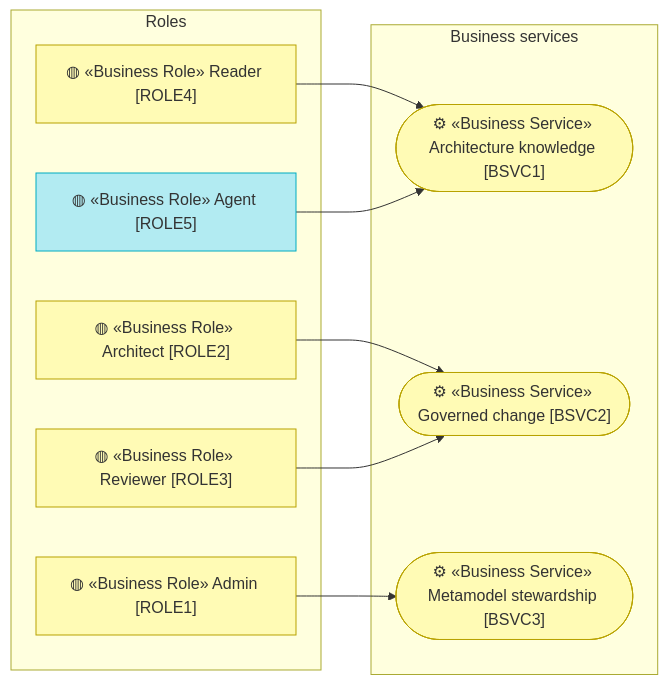
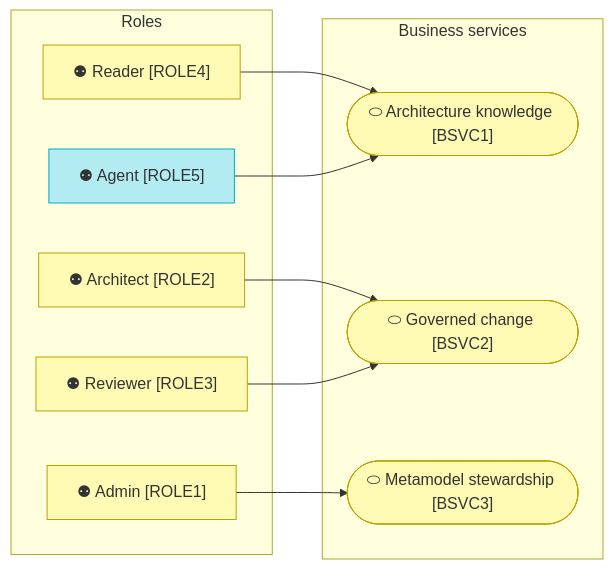
The second of 2 diagrams in architecture/2_business/README.md (bocanegratqut/dbx-enterprise-architecture), drawn with Mermaid before and after one commit. The commit also changed other lines of this file and 25 other files, not shown here.

````diff
--- a/architecture/2_business/README.md
+++ b/architecture/2_business/README.md
@@ -25,23 +36,23 @@
 ```mermaid
 flowchart LR
   subgraph ROLES["Roles"]
-    admin["◍ «Business Role» Admin [ROLE1]"]:::business
-    arch["◍ «Business Role» Architect [ROLE2]"]:::business
-    rev["◍ «Business Role» Reviewer [ROLE3]"]:::business
-    reader["◍ «Business Role» Reader [ROLE4]"]:::business
-    agent["◍ «Business Role» Agent [ROLE5]"]:::ai
+    admin["⚉ Admin [ROLE1]"]:::business
+    arch["⚉ Architect [ROLE2]"]:::business
+    rev["⚉ Reviewer [ROLE3]"]:::business
+    reader["⚉ Reader [ROLE4]"]:::business
+    agent["⚉ Agent [ROLE5]"]:::ai
   end
   subgraph SVC["Business services"]
-    know(["⚙ «Business Service» Architecture knowledge [BSVC1]"]):::business
-    gov(["⚙ «Business Service» Governed change [BSVC2]"]):::business
-    meta(["⚙ «Business Service» Metamodel stewardship [BSVC3]"]):::business
+    know(["⬭ Architecture knowledge [BSVC1]"]):::business
+    gov(["⬭ Governed change [BSVC2]"]):::business
+    meta(["⬭ Metamodel stewardship [BSVC3]"]):::business
   end
   reader --> know
   agent --> know
   arch --> gov
   rev --> gov
   admin --> meta
 
   classDef business fill:#fffbb5,stroke:#b8a200,color:#333
   classDef ai fill:#b2ebf2,stroke:#00acc1,color:#333
 ```
````
